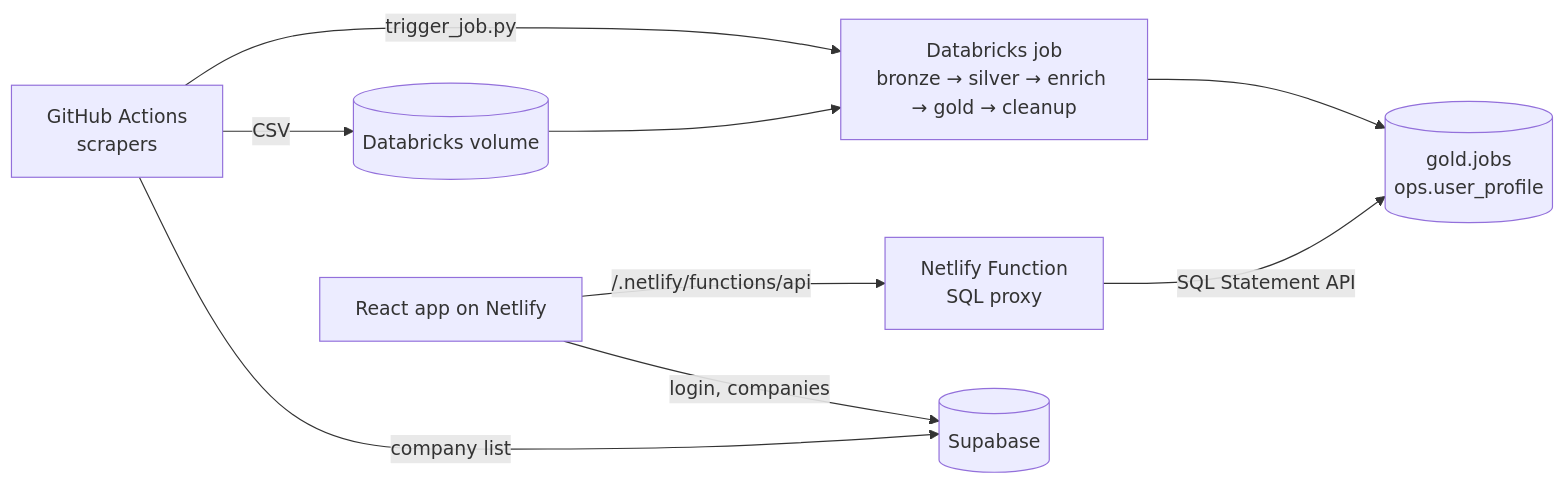
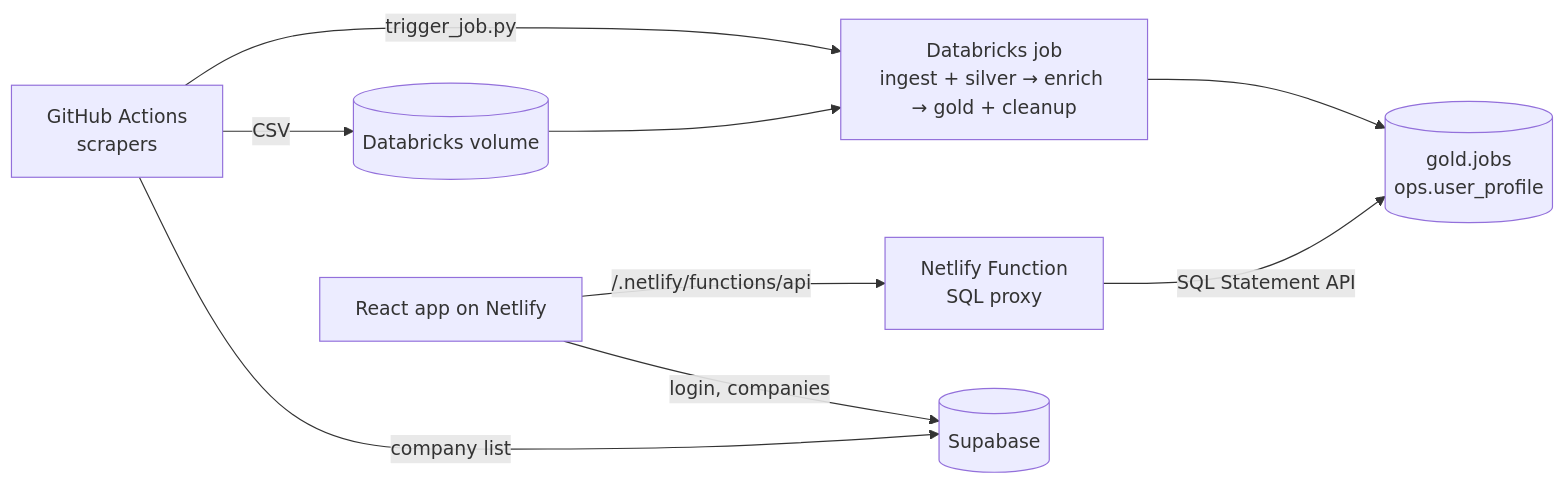
The diagram in README.md (Rebel007-red/JobSeek), drawn with Mermaid before and after one commit. The commit also changed other lines of this file and 33 other files, not shown here.

````diff
--- a/README.md
+++ b/README.md
@@ -7,11 +7,11 @@
 ```mermaid
 flowchart LR
   A[GitHub Actions<br/>scrapers] -->|CSV| B[(Databricks volume)]
-  A -->|trigger_job.py| C[Databricks job<br/>bronze → silver → enrich → gold → cleanup]
+  A -->|trigger_job.py| C[Databricks job<br/>ingest + silver → enrich → gold + cleanup]
   B --> C
   C --> D[(gold.jobs<br/>ops.user_profile)]
   E[React app on Netlify] -->|/.netlify/functions/api| F[Netlify Function<br/>SQL proxy]
   F -->|SQL Statement API| D
   E -->|login, companies| G[(Supabase)]
   A -->|company list| G
 ```
````
